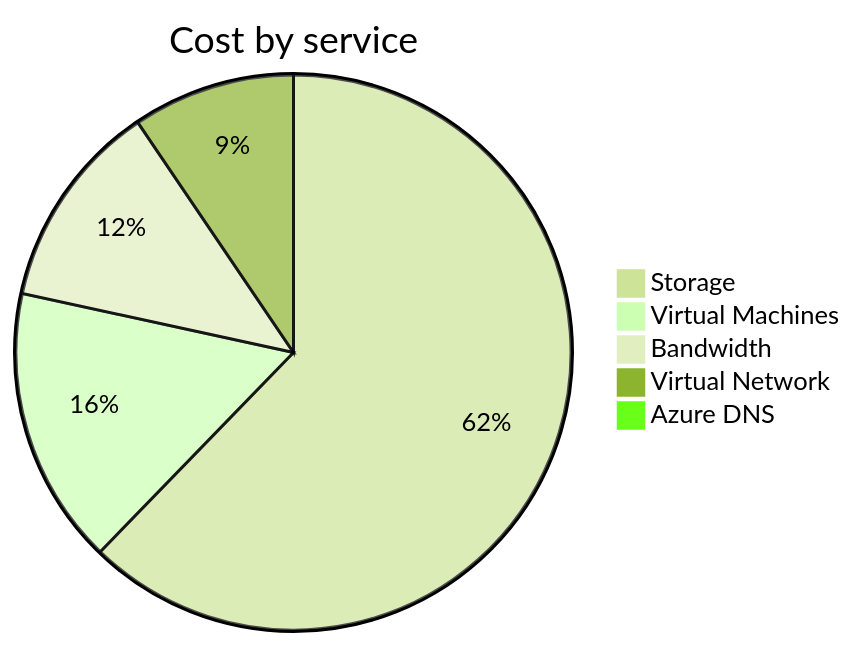
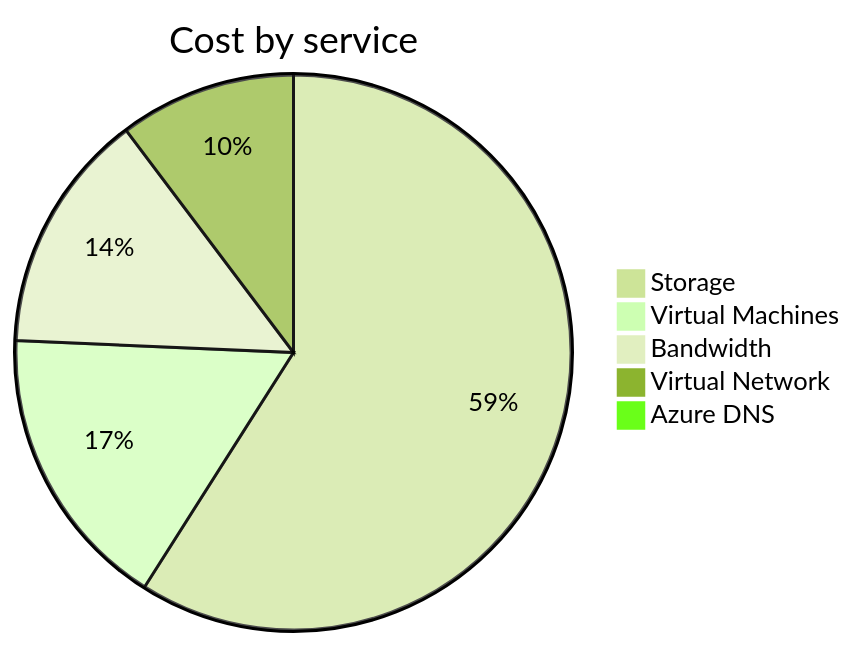
The second of 4 diagrams in cost-reports/personal-network/README.md (jpfulton/azure-personal-reports), drawn with Mermaid (forest theme) before and after one commit. The commit also changed other lines of this file and 8 other files, not shown here.

````diff
--- a/cost-reports/personal-network/README.md
+++ b/cost-reports/personal-network/README.md
@@ -99,9 +99,9 @@
 ```mermaid
 pie
    title Cost by service
-   "Storage" : 4.47
-   "Virtual Machines" : 1.16
-   "Bandwidth" : 0.87
-   "Virtual Network" : 0.68
-   "Azure DNS" : 0.05
+   "Storage" : 5.34
+   "Virtual Machines" : 1.51
+   "Bandwidth" : 1.27
+   "Virtual Network" : 0.93
+   "Azure DNS" : 0.06
 ```
````
